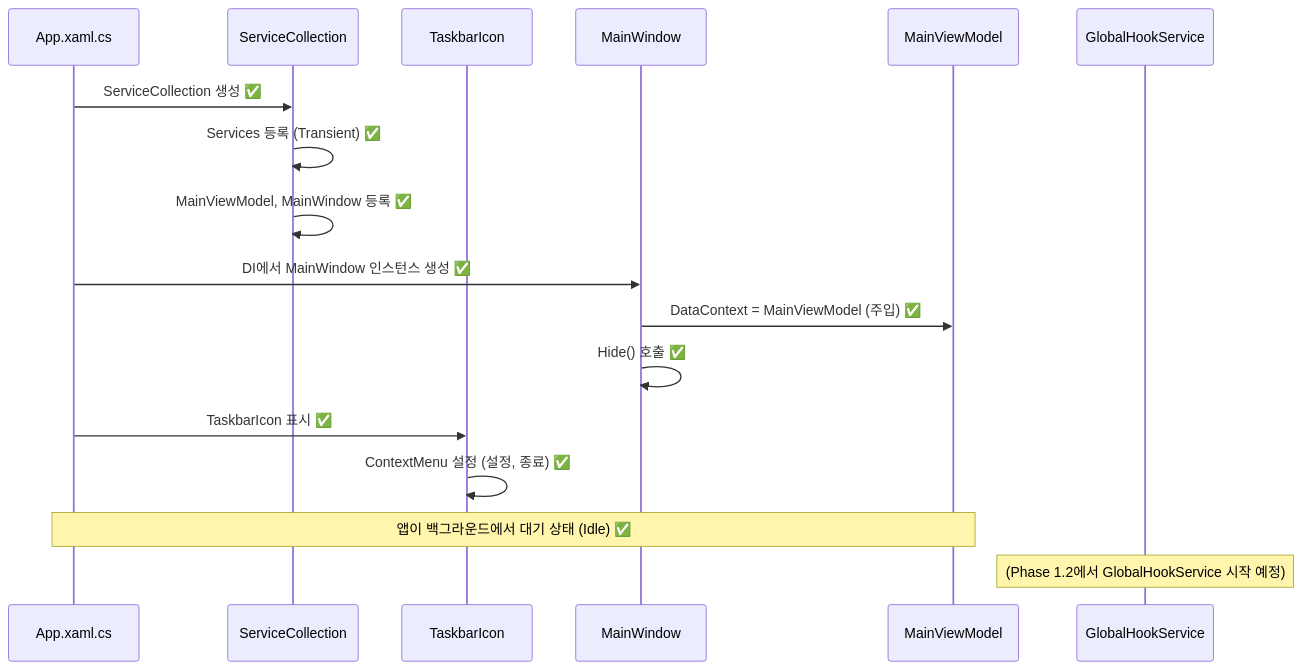
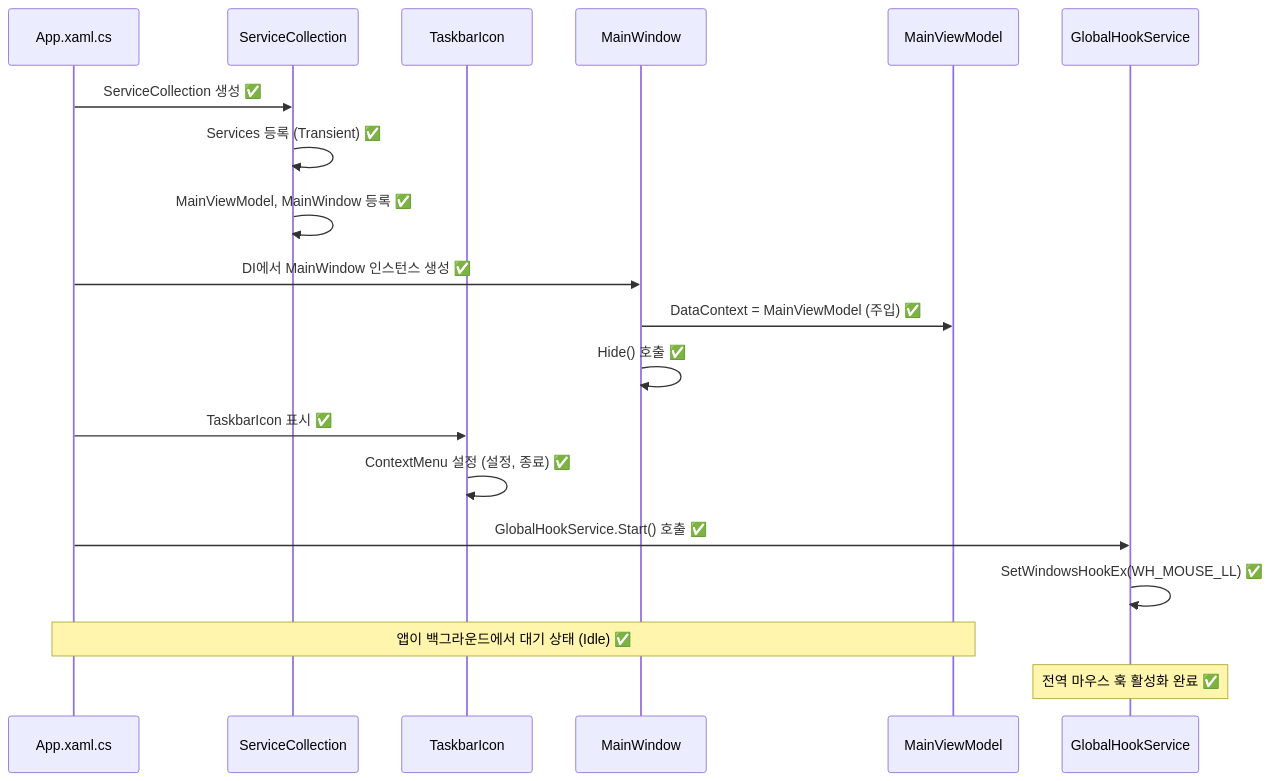
The second of 4 diagrams in md/Architecture.md (dreamwars99/AI_mouse), drawn with Mermaid before and after one commit. The commit also changed other lines of this file and 8 other files, not shown here.

First line of the commit message:
Phase 1.2 완료 - 전역 마우스 훅(Global Mouse Hook) 구현

````diff
--- a/md/Architecture.md
+++ b/md/Architecture.md
@@ -76,24 +76,26 @@
 ```mermaid
 sequenceDiagram
     participant App as App.xaml.cs
     participant DI as ServiceCollection
     participant Tray as TaskbarIcon
     participant MainWindow
     participant VM as MainViewModel
     participant Hook as GlobalHookService
 
     App->>DI: ServiceCollection 생성 ✅
     DI->>DI: Services 등록 (Transient) ✅
     DI->>DI: MainViewModel, MainWindow 등록 ✅
     
     App->>MainWindow: DI에서 MainWindow 인스턴스 생성 ✅
     MainWindow->>VM: DataContext = MainViewModel (주입) ✅
     MainWindow->>MainWindow: Hide() 호출 ✅
     
     App->>Tray: TaskbarIcon 표시 ✅
     Tray->>Tray: ContextMenu 설정 (설정, 종료) ✅
     
+    App->>Hook: GlobalHookService.Start() 호출 ✅
+    Hook->>Hook: SetWindowsHookEx(WH_MOUSE_LL) ✅
+    
     Note over App,VM: 앱이 백그라운드에서 대기 상태 (Idle) ✅
-    
-    Note over Hook: (Phase 1.2에서 GlobalHookService 시작 예정)
+    Note over Hook: 전역 마우스 훅 활성화 완료 ✅
 ```
````
